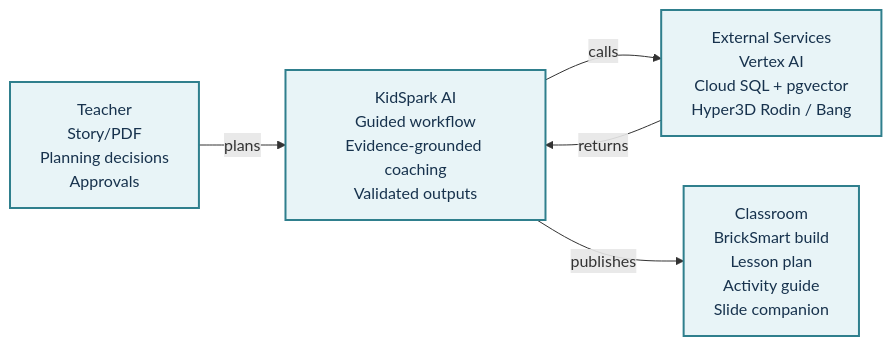
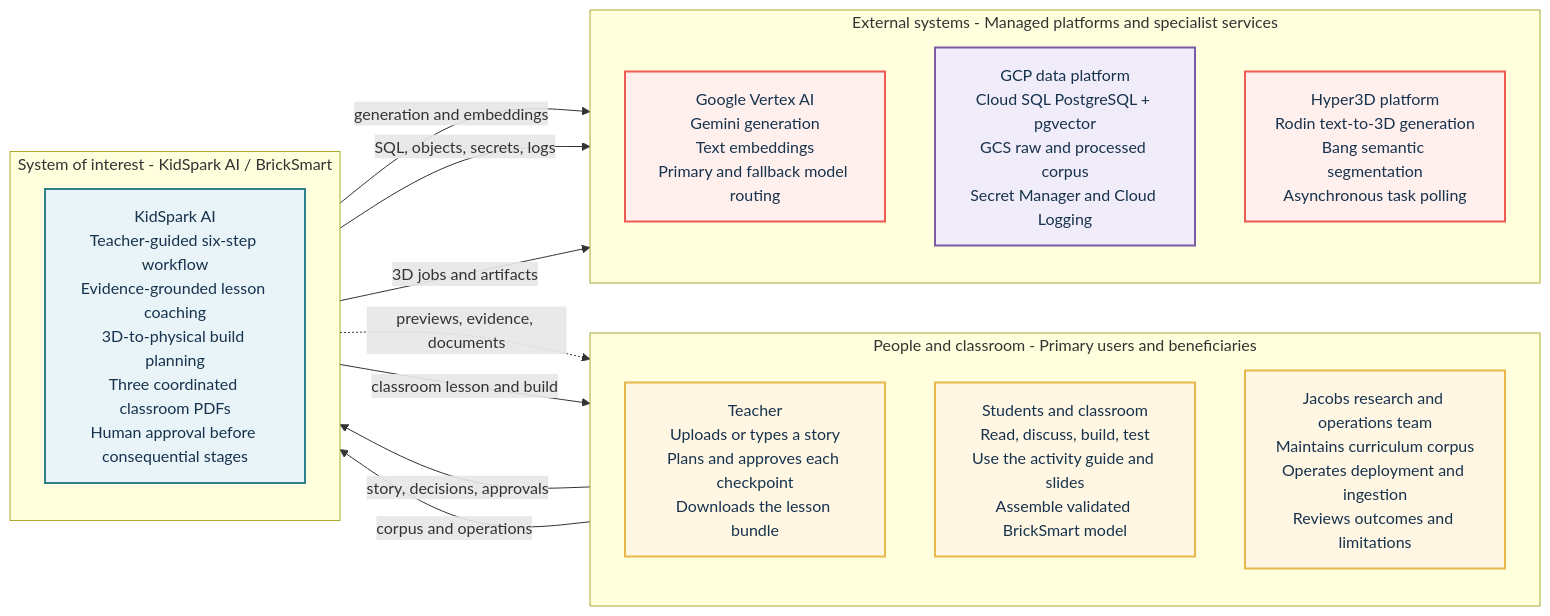
One commit to yujia-l/BrickSmart changed the diagram in docs/images/handoff/diagram-system-context.mmd. Above: the diagram before and after it, drawn with Mermaid. The commit also changed 38 other files, not shown here.

Commit message:
Complete KidSpark handoff documentation

```diff
--- a/docs/images/handoff/diagram-system-context.mmd
+++ b/docs/images/handoff/diagram-system-context.mmd
@@ -1,11 +1,32 @@
 flowchart LR
-  N0["Teacher<br/>Story/PDF<br/>Planning decisions<br/>Approvals"]
-  N1["KidSpark AI<br/>Guided workflow<br/>Evidence-grounded coaching<br/>Validated outputs"]
-  N2["External Services<br/>Vertex AI<br/>Cloud SQL + pgvector<br/>Hyper3D Rodin / Bang"]
-  N3["Classroom<br/>BrickSmart build<br/>Lesson plan<br/>Activity guide<br/>Slide companion"]
-  N0 -->|plans| N1
-  N1 -->|calls| N2
-  N2 -->|returns| N1
-  N1 -->|publishes| N3
-  classDef primary fill:#E8F4F7,stroke:#2F7F8D,color:#17324D,stroke-width:2px;
-  class N0,N1,N2,N3,N4,N5 primary;
+  %% Who uses KidSpark AI, what value crosses the system boundary, and which external platforms it depends on.
+  subgraph S0["People and classroom - Primary users and beneficiaries"]
+    direction TB
+    teacher["Teacher<br/>Uploads or types a story<br/>Plans and approves each checkpoint<br/>Downloads the lesson bundle"]:::actor
+    students["Students and classroom<br/>Read, discuss, build, test<br/>Use the activity guide and slides<br/>Assemble validated BrickSmart model"]:::actor
+    team["Jacobs research and operations team<br/>Maintains curriculum corpus<br/>Operates deployment and ingestion<br/>Reviews outcomes and limitations"]:::actor
+  end
+  subgraph S1["System of interest - KidSpark AI / BrickSmart"]
+    direction TB
+    kidspark["KidSpark AI<br/>Teacher-guided six-step workflow<br/>Evidence-grounded lesson coaching<br/>3D-to-physical build planning<br/>Three coordinated classroom PDFs<br/>Human approval before consequential stages"]:::system
+  end
+  subgraph S2["External systems - Managed platforms and specialist services"]
+    direction TB
+    vertex["Google Vertex AI<br/>Gemini generation<br/>Text embeddings<br/>Primary and fallback model routing"]:::external
+    data["GCP data platform<br/>Cloud SQL PostgreSQL + pgvector<br/>GCS raw and processed corpus<br/>Secret Manager and Cloud Logging"]:::datastore
+    hyper3d["Hyper3D platform<br/>Rodin text-to-3D generation<br/>Bang semantic segmentation<br/>Asynchronous task polling"]:::external
+  end
+  teacher -->|story, decisions, approvals| kidspark
+  kidspark -.->|previews, evidence, documents| teacher
+  kidspark -->|classroom lesson and build| students
+  team -->|corpus and operations| kidspark
+  kidspark -->|generation and embeddings| vertex
+  kidspark -->|SQL, objects, secrets, logs| data
+  kidspark -->|3D jobs and artifacts| hyper3d
+  classDef actor fill:#FFF7E3,stroke:#E8B84C,color:#17324D,stroke-width:2px;
+  classDef system fill:#E8F4F7,stroke:#2F7F8D,color:#17324D,stroke-width:2px;
+  classDef service fill:#F6F8FA,stroke:#7A9E9F,color:#243142,stroke-width:2px;
+  classDef datastore fill:#F1ECFA,stroke:#7C5AA6,color:#17324D,stroke-width:2px;
+  classDef external fill:#FFF0ED,stroke:#EF5B54,color:#17324D,stroke-width:2px;
+  classDef decision fill:#FFF8D8,stroke:#B88413,color:#17324D,stroke-width:2px;
+  classDef artifact fill:#ECF7EE,stroke:#3A7D44,color:#17324D,stroke-width:2px;
```
